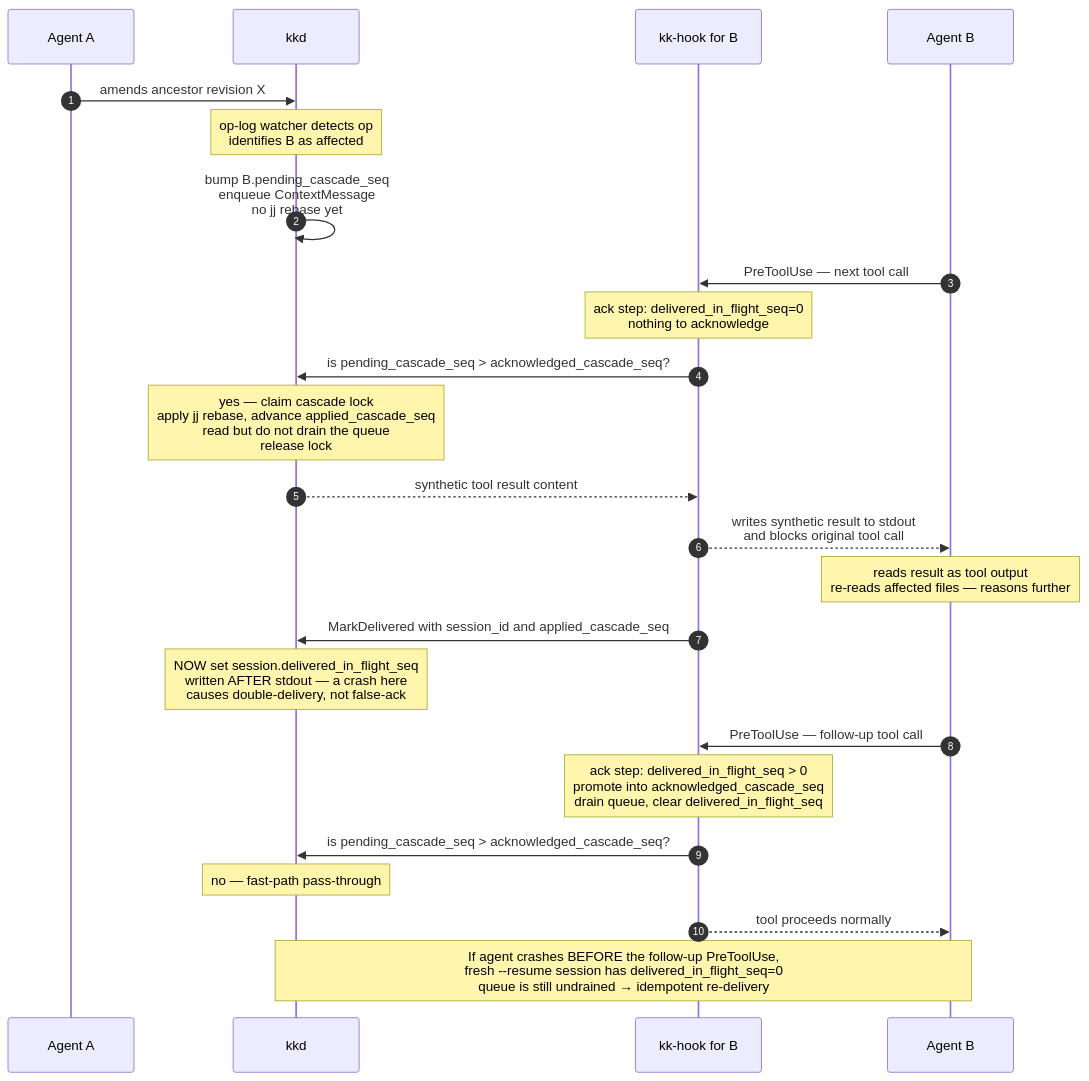
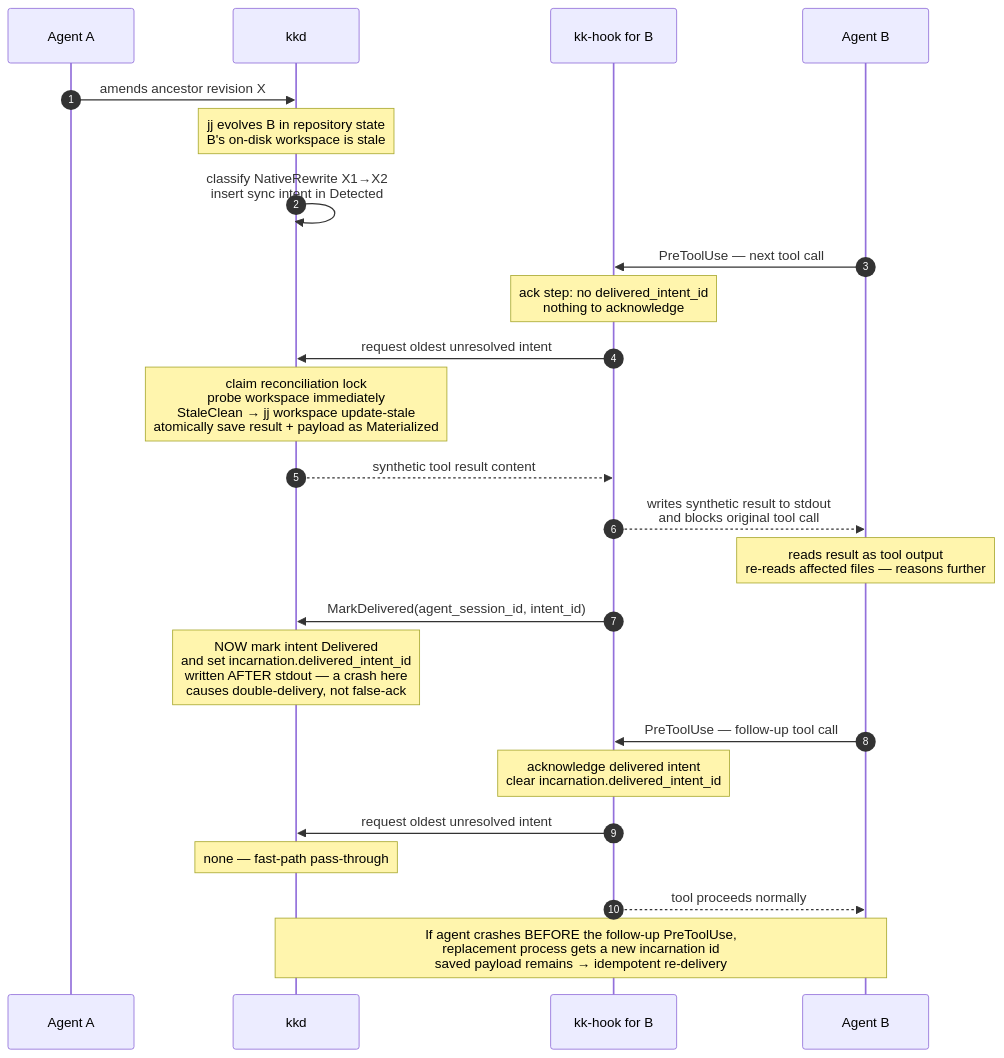
The second of 3 diagrams in README.md (skeswa/kiki), drawn with Mermaid before and after one commit. The commit also changed other lines of this file and 25 other files, not shown here.

First line of the commit message:
Redesign cascade reconciliation around jj native evolution

````diff
--- a/README.md
+++ b/README.md
@@ -84,29 +86,29 @@
 ```mermaid
 sequenceDiagram
     autonumber
     participant agentA as Agent A
     participant kkd as kkd
     participant hookB as kk-hook for B
     participant agentB as Agent B
 
     agentA->>kkd: amends ancestor revision X
-    Note over kkd: op-log watcher detects op<br>identifies B as affected
-    kkd->>kkd: bump B.pending_cascade_seq<br>enqueue ContextMessage<br>no jj rebase yet
+    Note over kkd: jj evolves B in repository state<br>B's on-disk workspace is stale
+    kkd->>kkd: classify NativeRewrite X1→X2<br>insert sync intent in Detected
 
     agentB->>hookB: PreToolUse — next tool call
-    Note over hookB: ack step: delivered_in_flight_seq=0<br>nothing to acknowledge
-    hookB->>kkd: is pending_cascade_seq > acknowledged_cascade_seq?
-    Note over kkd: yes — claim cascade lock<br>apply jj rebase, advance applied_cascade_seq<br>read but do not drain the queue<br>release lock
+    Note over hookB: ack step: no delivered_intent_id<br>nothing to acknowledge
+    hookB->>kkd: request oldest unresolved intent
+    Note over kkd: claim reconciliation lock<br>probe workspace immediately<br>StaleClean → jj workspace update-stale<br>atomically save result + payload as Materialized
     kkd-->>hookB: synthetic tool result content
     hookB-->>agentB: writes synthetic result to stdout<br>and blocks original tool call
     Note over agentB: reads result as tool output<br>re-reads affected files — reasons further
-    hookB->>kkd: MarkDelivered with session_id and applied_cascade_seq
-    Note over kkd: NOW set session.delivered_in_flight_seq<br>written AFTER stdout — a crash here<br>causes double-delivery, not false-ack
+    hookB->>kkd: MarkDelivered(agent_session_id, intent_id)
+    Note over kkd: NOW mark intent Delivered<br>and set incarnation.delivered_intent_id<br>written AFTER stdout — a crash here<br>causes double-delivery, not false-ack
 
     agentB->>hookB: PreToolUse — follow-up tool call
-    Note over hookB: ack step: delivered_in_flight_seq > 0<br>promote into acknowledged_cascade_seq<br>drain queue, clear delivered_in_flight_seq
-    hookB->>kkd: is pending_cascade_seq > acknowledged_cascade_seq?
-    Note over kkd: no — fast-path pass-through
+    Note over hookB: acknowledge delivered intent<br>clear incarnation.delivered_intent_id
+    hookB->>kkd: request oldest unresolved intent
+    Note over kkd: none — fast-path pass-through
     hookB-->>agentB: tool proceeds normally
-    Note over agentB,kkd: If agent crashes BEFORE the follow-up PreToolUse,<br>fresh --resume session has delivered_in_flight_seq=0<br>queue is still undrained → idempotent re-delivery
+    Note over agentB,kkd: If agent crashes BEFORE the follow-up PreToolUse,<br>replacement process gets a new incarnation id<br>saved payload remains → idempotent re-delivery
 ```
````
